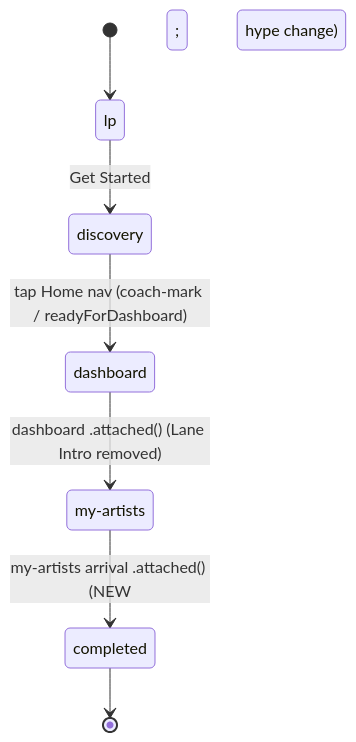
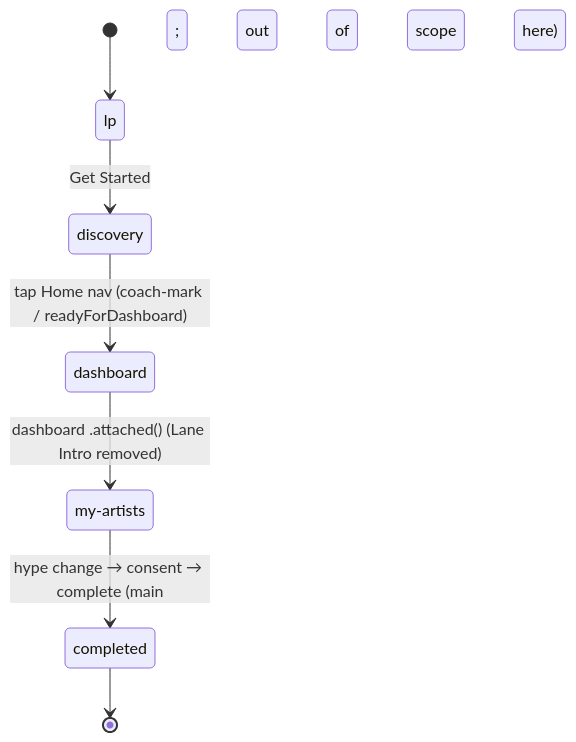
Before and after one commit to liverty-music/specification: the second of 2 diagrams in openspec/changes/relax-onboarding-routing/design.md, drawn with Mermaid. The commit also changed other lines of this file and 5 other files, not shown here.

First line of the commit message:
docs(openspec): drop A6 (complete-on-arrival), superseded by consent step

````diff
--- a/openspec/changes/relax-onboarding-routing/design.md
+++ b/openspec/changes/relax-onboarding-routing/design.md
@@ -65,10 +66,10 @@
 ```mermaid
 stateDiagram-v2
   [*] --> lp
   lp --> discovery : Get Started
   discovery --> dashboard : tap Home nav (coach-mark / readyForDashboard)
   state "my-artists" as my_artists
   dashboard --> my_artists : dashboard .attached() (Lane Intro removed)
-  my_artists --> completed : my-artists arrival .attached() (NEW; was: hype change)
+  my_artists --> completed : hype change → consent → complete (main; out of scope here)
   completed --> [*]
 ```
````
